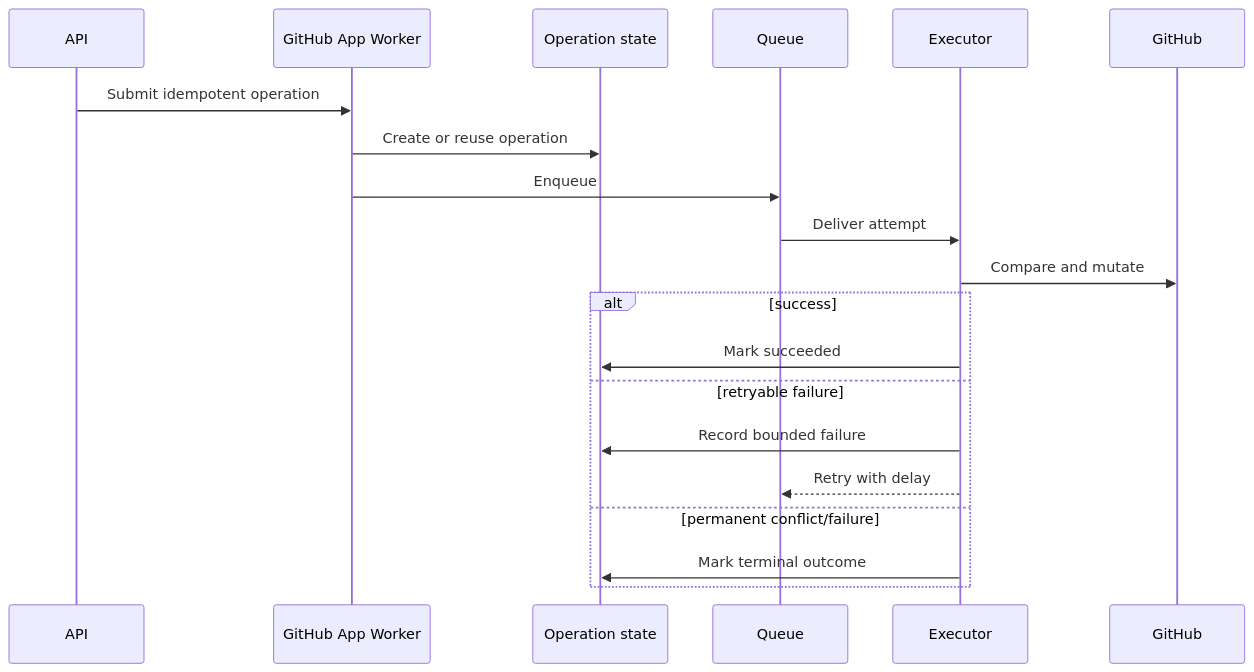
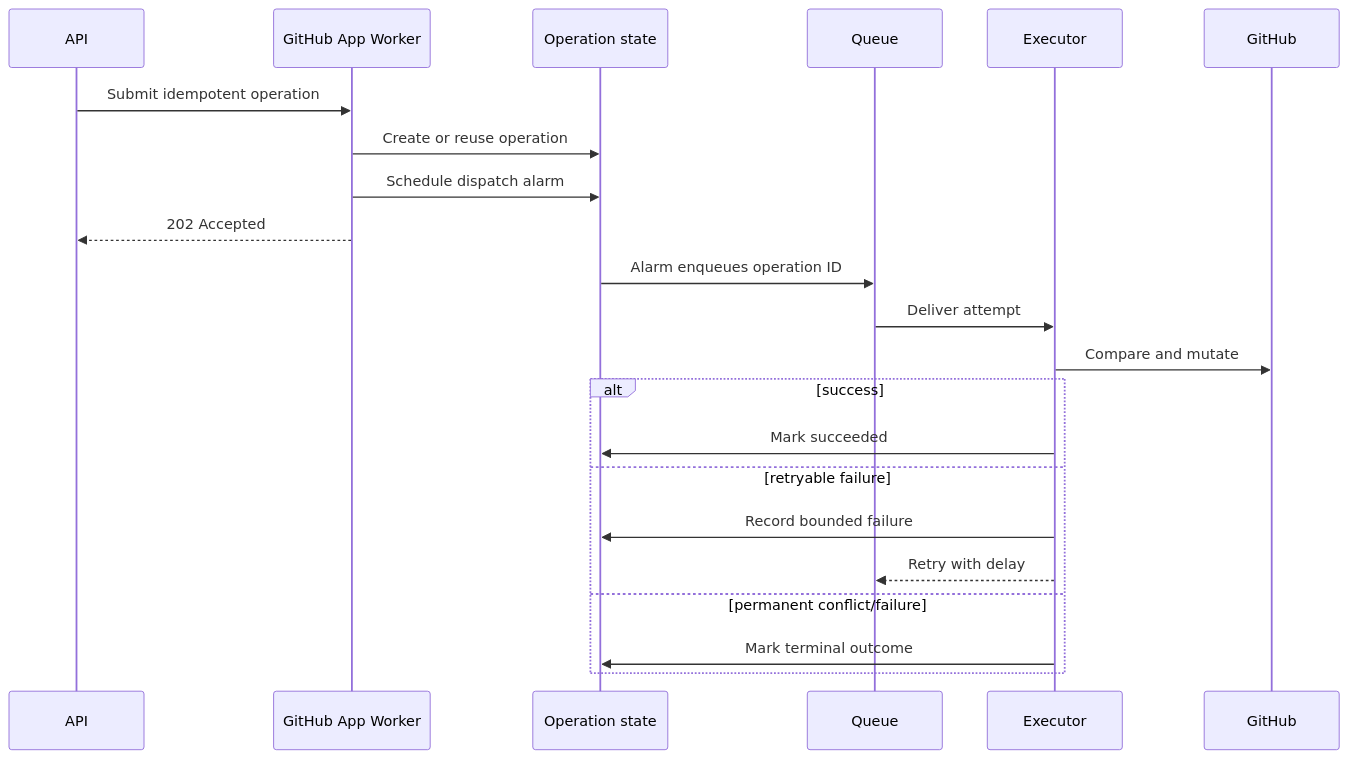
The second of 2 diagrams in docs/OPERATIONS.md (shamilaw-sci/CSC3213_20_Group_B), drawn with Mermaid before and after one commit. The commit also changed other lines of this file and 25 other files, not shown here.

````diff
--- a/docs/OPERATIONS.md
+++ b/docs/OPERATIONS.md
@@ -177,23 +180,25 @@
 ```mermaid
 sequenceDiagram
   participant API
   participant Worker as GitHub App Worker
   participant State as Operation state
   participant Queue
   participant Executor
   participant GitHub
 
   API->>Worker: Submit idempotent operation
   Worker->>State: Create or reuse operation
-  Worker->>Queue: Enqueue
+  Worker->>State: Schedule dispatch alarm
+  Worker-->>API: 202 Accepted
+  State->>Queue: Alarm enqueues operation ID
   Queue->>Executor: Deliver attempt
   Executor->>GitHub: Compare and mutate
   alt success
     Executor->>State: Mark succeeded
   else retryable failure
     Executor->>State: Record bounded failure
     Executor-->>Queue: Retry with delay
   else permanent conflict/failure
     Executor->>State: Mark terminal outcome
   end
 ```
````
